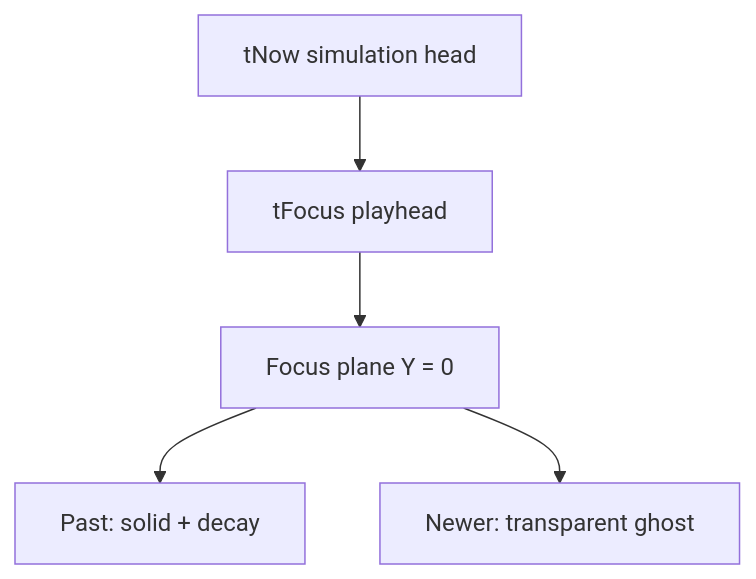
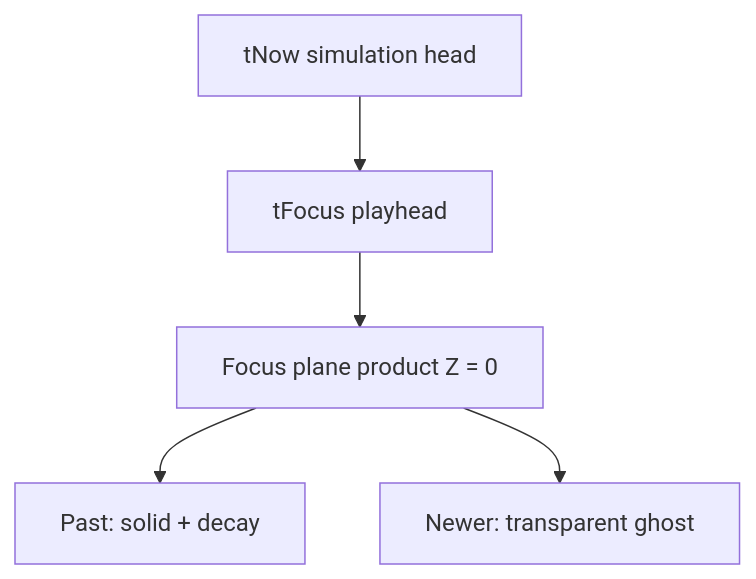
The third of 7 diagrams in architecture.md (PiMaV/DONNER), drawn with Mermaid before and after one commit. The commit also changed other lines of this file and 17 other files, not shown here.

````diff
--- a/architecture.md
+++ b/architecture.md
@@ -28,9 +28,9 @@
 ```mermaid
 flowchart TB
   tNow[tNow simulation head]
   tFocus[tFocus playhead]
   tNow --> tFocus
-  tFocus --> plane[Focus plane Y = 0]
+  tFocus --> plane[Focus plane product Z = 0]
   plane --> below[Past: solid + decay]
   plane --> above[Newer: transparent ghost]
 ```
````
